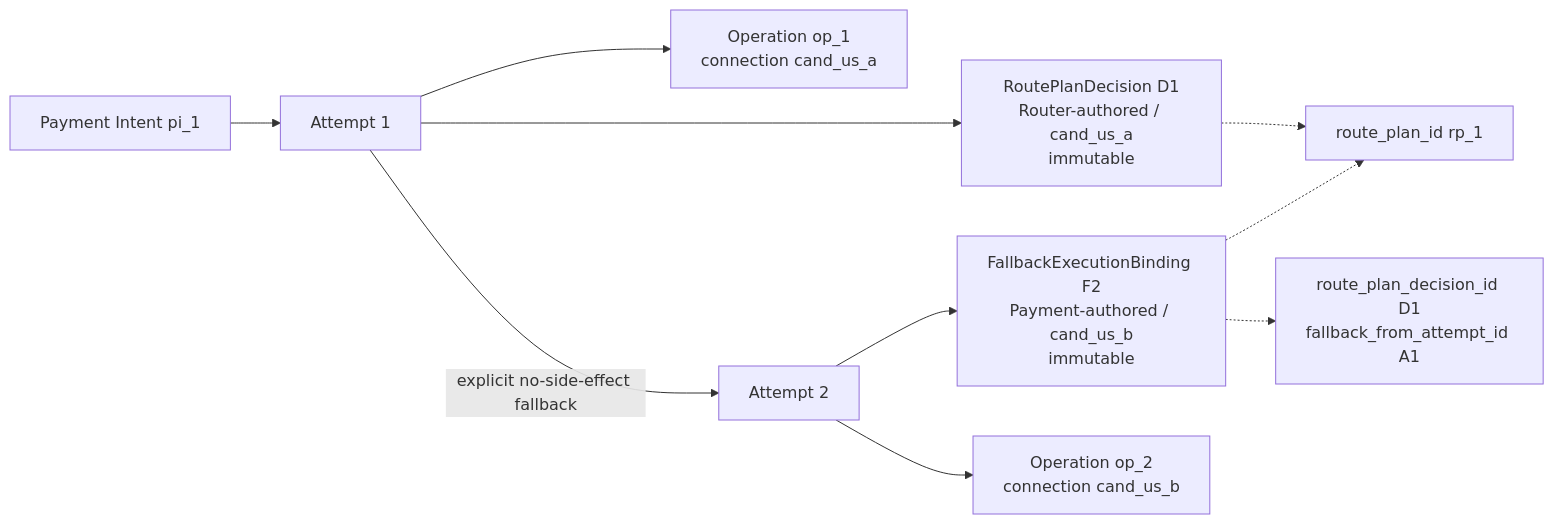
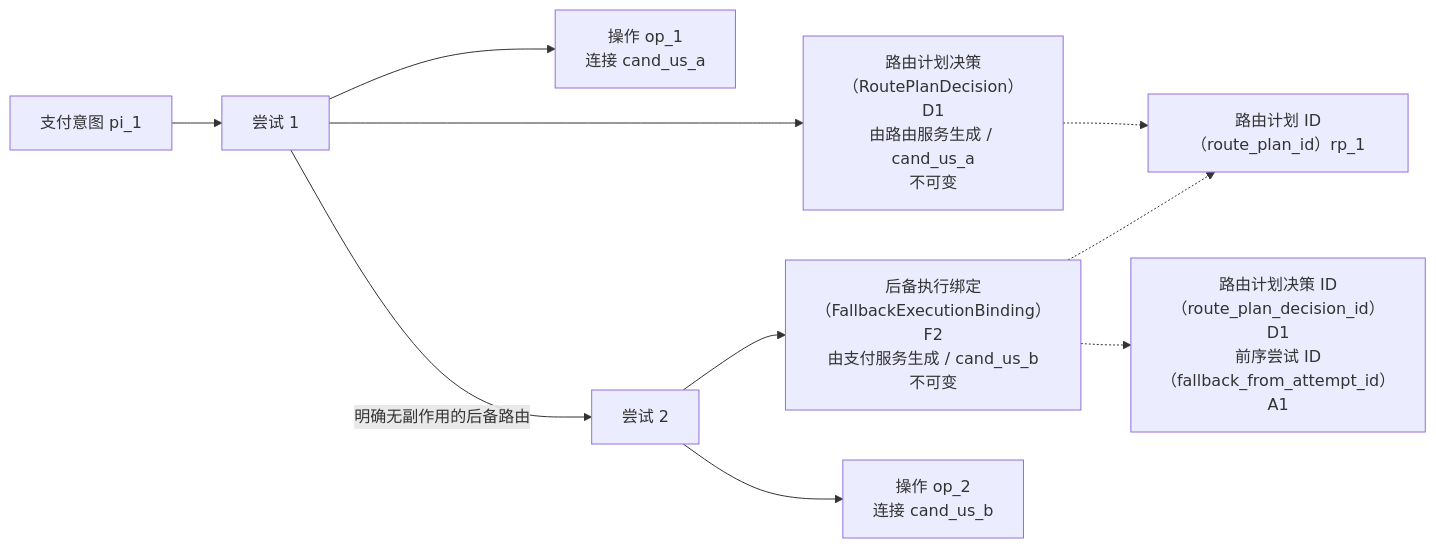
One commit to YouEclipse/Designing-Modern-Payment-Systems changed the fourth of 4 diagrams in part-4-operating-at-scale/routing-decision-store.md. Above: the diagram before and after it, drawn with Mermaid. The commit also changed other lines of this file and 59 other files, not shown here.

````diff
--- a/part-4-operating-at-scale/routing-decision-store.md
+++ b/part-4-operating-at-scale/routing-decision-store.md
@@ -666,12 +666,12 @@
 ```mermaid
 flowchart LR
-    I["Payment Intent pi_1"] --> A1["Attempt 1"]
-    A1 --> D1["RoutePlanDecision D1<br/>Router-authored / cand_us_a<br/>immutable"]
-    A1 --> O1["Operation op_1<br/>connection cand_us_a"]
-    A1 -->|"explicit no-side-effect fallback"| A2["Attempt 2"]
-    A2 --> F2["FallbackExecutionBinding F2<br/>Payment-authored / cand_us_b<br/>immutable"]
-    A2 --> O2["Operation op_2<br/>connection cand_us_b"]
-    D1 -.-> P["route_plan_id rp_1"]
+    I["支付意图 pi_1"] --> A1["尝试 1"]
+    A1 --> D1["路由计划决策（RoutePlanDecision）D1<br/>由路由服务生成 / cand_us_a<br/>不可变"]
+    A1 --> O1["操作 op_1<br/>连接 cand_us_a"]
+    A1 -->|"明确无副作用的后备路由"| A2["尝试 2"]
+    A2 --> F2["后备执行绑定（FallbackExecutionBinding）F2<br/>由支付服务生成 / cand_us_b<br/>不可变"]
+    A2 --> O2["操作 op_2<br/>连接 cand_us_b"]
+    D1 -.-> P["路由计划 ID（route_plan_id）rp_1"]
     F2 -.-> P
-    F2 -.-> L["route_plan_decision_id D1<br/>fallback_from_attempt_id A1"]
+    F2 -.-> L["路由计划决策 ID（route_plan_decision_id）D1<br/>前序尝试 ID（fallback_from_attempt_id）A1"]
 ```
````
